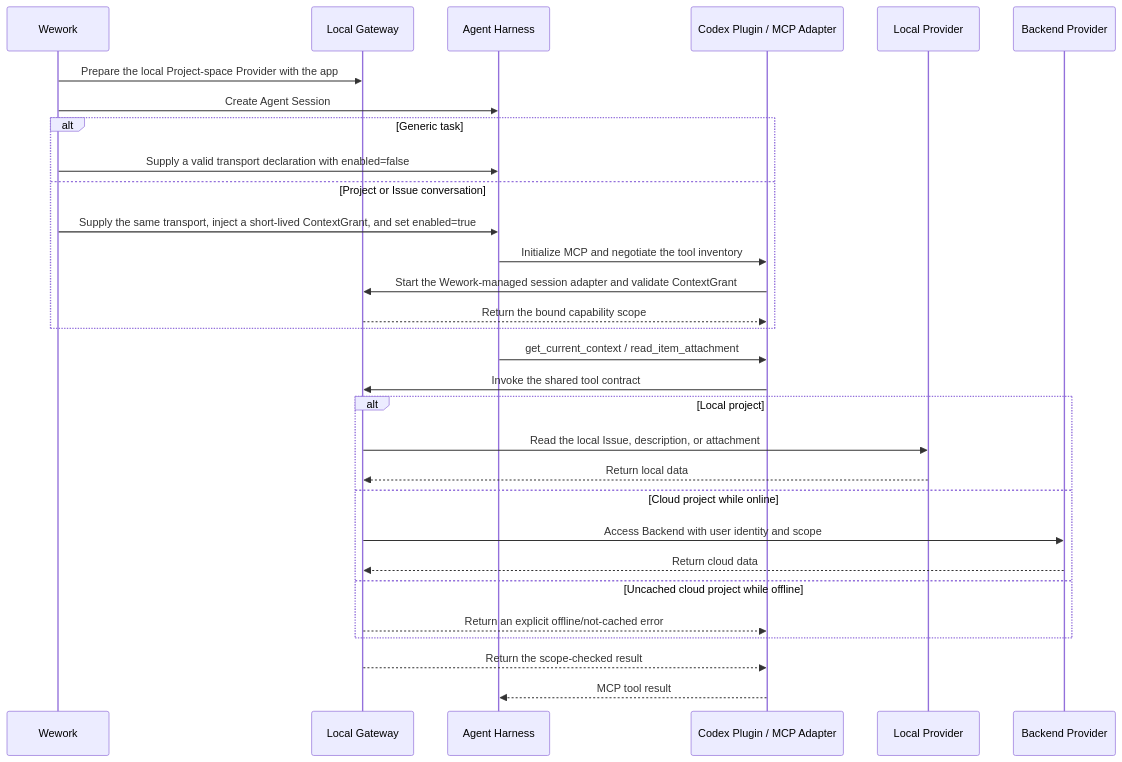
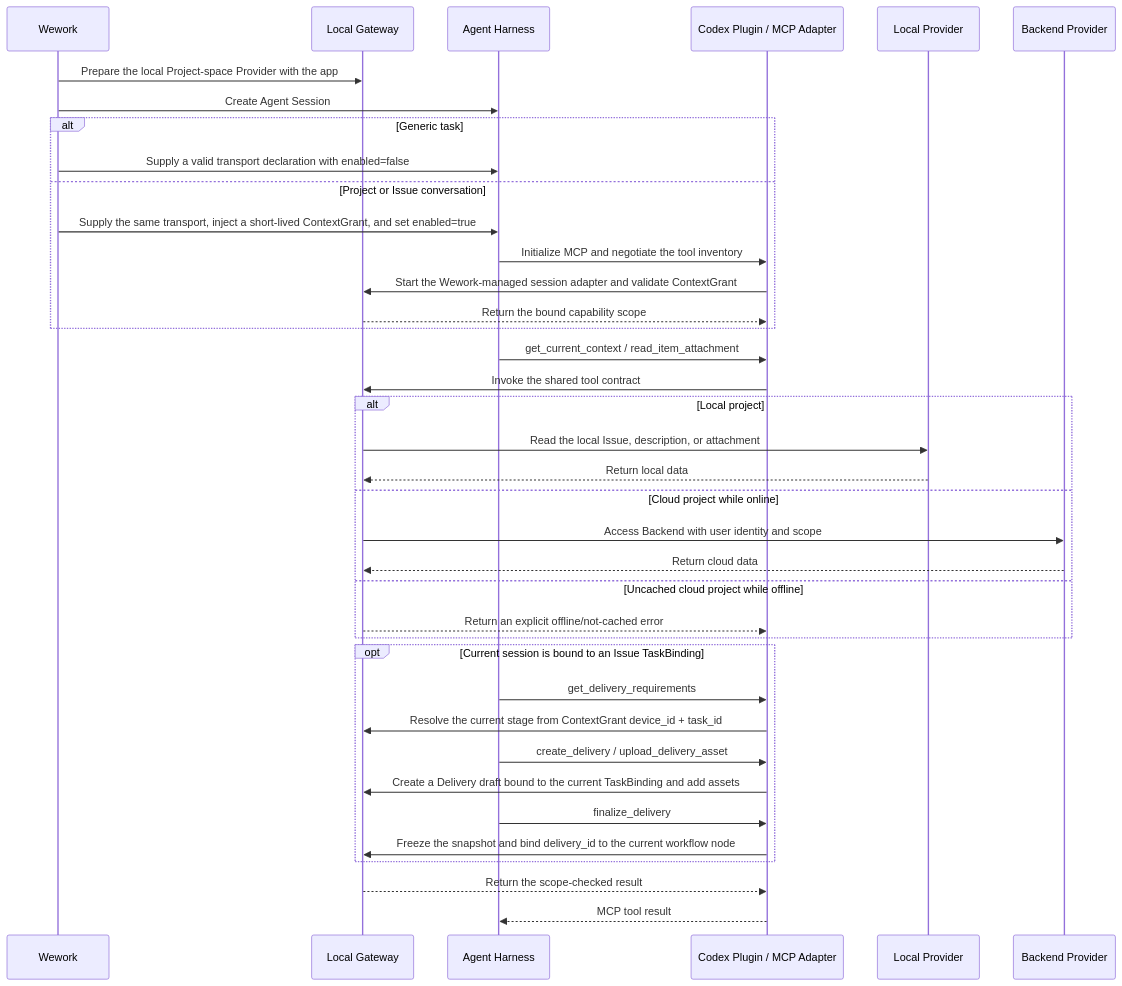
Before and after one commit to wecode-ai/Wegent: the second of 2 diagrams in docs/en/architecture/project-space-agent-capability.md, drawn with Mermaid. The commit also changed other lines of this file and 30 other files, not shown here.

Commit message:
feat(workflow): complete delivery automation lifecycle

````diff
--- a/docs/en/architecture/project-space-agent-capability.md
+++ b/docs/en/architecture/project-space-agent-capability.md
@@ -30,33 +32,41 @@
 ```mermaid
 sequenceDiagram
     participant W as Wework
     participant G as Local Gateway
     participant H as Agent Harness
     participant P as Codex Plugin / MCP Adapter
     participant L as Local Provider
     participant B as Backend Provider
 
     W->>G: Prepare the local Project-space Provider with the app
     W->>H: Create Agent Session
     alt Generic task
         W->>H: Supply a valid transport declaration with enabled=false
     else Project or Issue conversation
         W->>H: Supply the same transport, inject a short-lived ContextGrant, and set enabled=true
         H->>P: Initialize MCP and negotiate the tool inventory
         P->>G: Start the Wework-managed session adapter and validate ContextGrant
         G-->>P: Return the bound capability scope
     end
     H->>P: get_current_context / read_item_attachment
     P->>G: Invoke the shared tool contract
     alt Local project
         G->>L: Read the local Issue, description, or attachment
         L-->>G: Return local data
     else Cloud project while online
         G->>B: Access Backend with user identity and scope
         B-->>G: Return cloud data
     else Uncached cloud project while offline
         G-->>P: Return an explicit offline/not-cached error
     end
+    opt Current session is bound to an Issue TaskBinding
+        H->>P: get_delivery_requirements
+        P->>G: Resolve the current stage from ContextGrant device_id + task_id
+        H->>P: create_delivery / upload_delivery_asset
+        P->>G: Create a Delivery draft bound to the current TaskBinding and add assets
+        H->>P: finalize_delivery
+        P->>G: Freeze the snapshot and bind delivery_id to the current workflow node
+    end
     G-->>P: Return the scope-checked result
     P-->>H: MCP tool result
 ```
````
